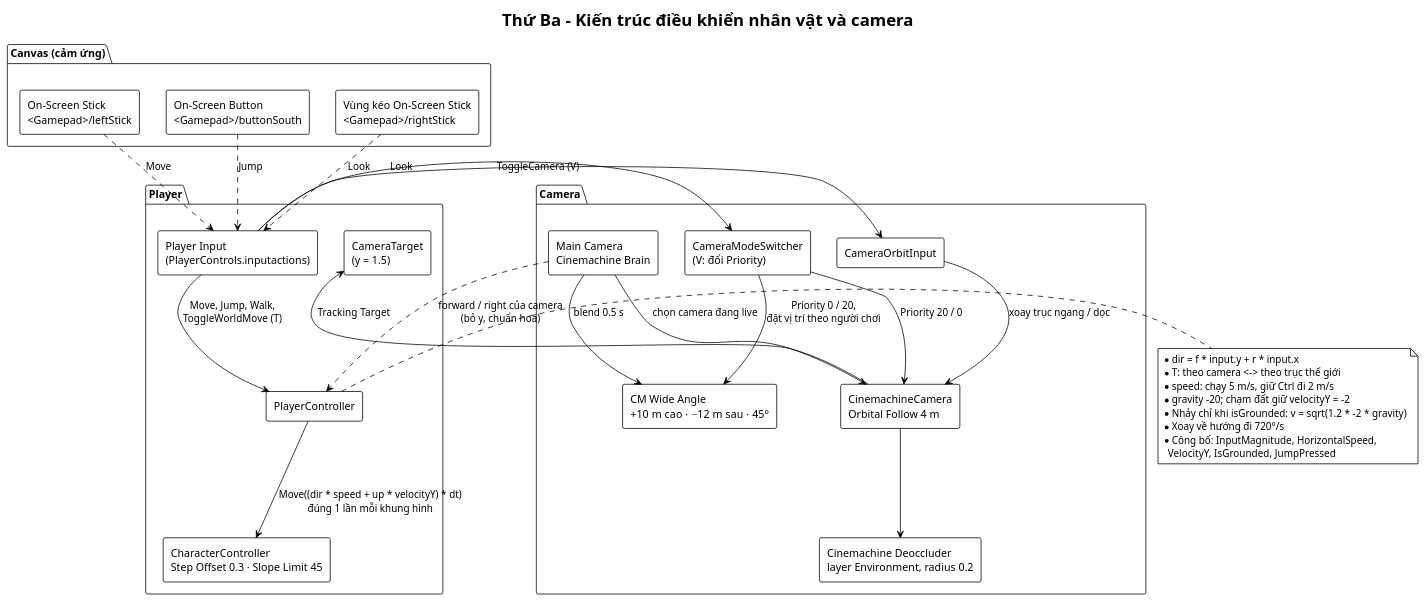
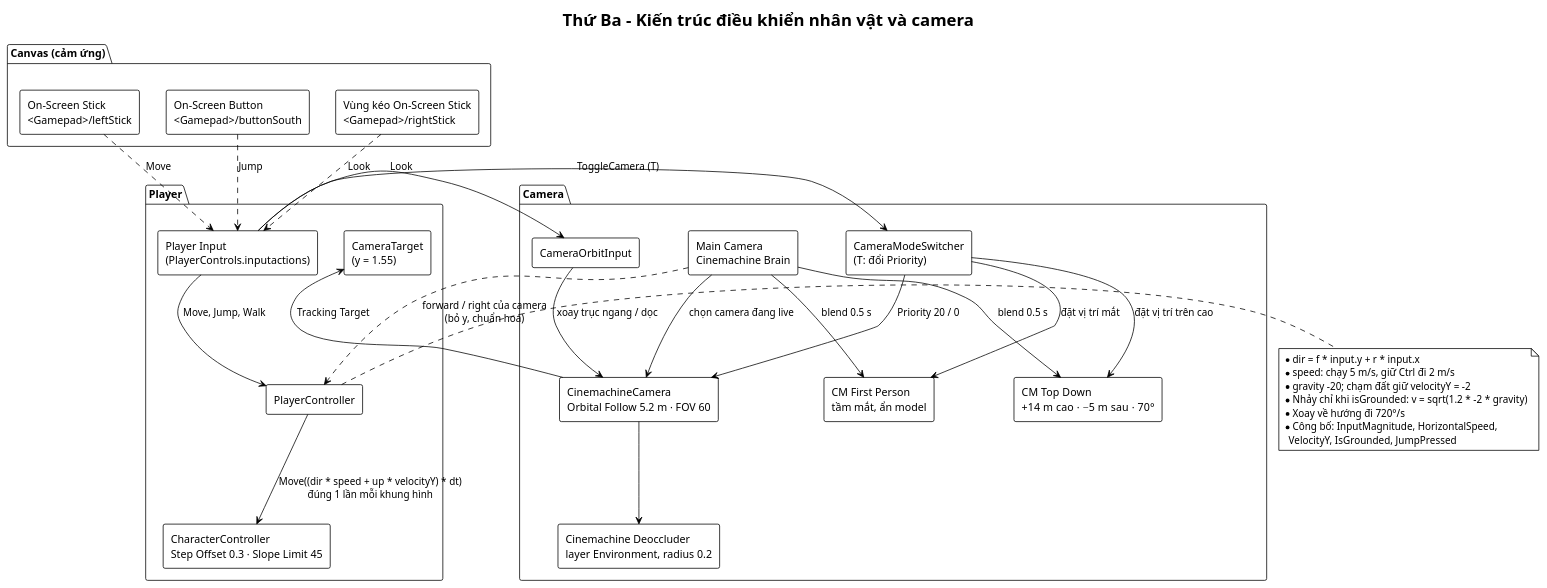
The first of 4 diagrams in Docs/Diagrams.puml (Vu-QuocHuy/game-3D-bao-cao), drawn with PlantUML before and after one commit. The commit also changed other lines of this file and 33 other files, not shown here.

First line of the commit message:
Camera angles from the first commit, cycled with T

```diff
--- a/Docs/Diagrams.puml
+++ b/Docs/Diagrams.puml
@@ -1,55 +1,57 @@
 @startuml ThuBa_Architecture
 !theme plain
 skinparam componentStyle rectangle
 
 title Thứ Ba - Kiến trúc điều khiển nhân vật và camera
 
 package "Player" {
   [Player Input\n(PlayerControls.inputactions)] as Input
   [PlayerController] as Controller
   [CharacterController\nStep Offset 0.3 · Slope Limit 45] as CC
-  [CameraTarget\n(y = 1.5)] as Target
+  [CameraTarget\n(y = 1.55)] as Target
 }
 
 package "Canvas (cảm ứng)" {
   [On-Screen Stick\n<Gamepad>/leftStick] as Stick
   [On-Screen Button\n<Gamepad>/buttonSouth] as JumpBtn
   [Vùng kéo On-Screen Stick\n<Gamepad>/rightStick] as LookArea
 }
 
 package "Camera" {
   [Main Camera\nCinemachine Brain] as Brain
-  [CinemachineCamera\nOrbital Follow 4 m] as VCam
+  [CinemachineCamera\nOrbital Follow 5.2 m · FOV 60] as VCam
   [CameraOrbitInput] as OrbitInput
-  [CameraModeSwitcher\n(V: đổi Priority)] as Mode
-  [CM Wide Angle\n+10 m cao · −12 m sau · 45°] as Wide
+  [CameraModeSwitcher\n(T: đổi Priority)] as Mode
+  [CM First Person\ntầm mắt, ẩn model] as FPS
+  [CM Top Down\n+14 m cao · −5 m sau · 70°] as Top
   [Cinemachine Deoccluder\nlayer Environment, radius 0.2] as Deocc
 }
 
 Stick ..> Input : Move
 JumpBtn ..> Input : Jump
 LookArea ..> Input : Look
-Input --> Controller : Move, Jump, Walk,\nToggleWorldMove (T)
+Input --> Controller : Move, Jump, Walk
 Input --> OrbitInput : Look
 OrbitInput --> VCam : xoay trục ngang / dọc
 VCam --> Target : Tracking Target
 VCam --> Deocc
 Brain --> VCam : chọn camera đang live
-Input --> Mode : ToggleCamera (V)
+Input --> Mode : ToggleCamera (T)
 Mode --> VCam : Priority 20 / 0
-Mode --> Wide : Priority 0 / 20,\nđặt vị trí theo người chơi
-Brain --> Wide : blend 0.5 s
+Mode --> FPS : đặt vị trí mắt
+Mode --> Top : đặt vị trí trên cao
+Brain --> FPS : blend 0.5 s
+Brain --> Top : blend 0.5 s
 Brain ..> Controller : forward / right của camera\n(bỏ y, chuẩn hoá)
 Controller --> CC : Move((dir * speed + up * velocityY) * dt)\nđúng 1 lần mỗi khung hình
 
 note right of Controller
   * dir = f * input.y + r * input.x
-  * T: theo camera <-> theo trục thế giới
   * speed: chạy 5 m/s, giữ Ctrl đi 2 m/s
   * gravity -20; chạm đất giữ velocityY = -2
   * Nhảy chỉ khi isGrounded: v = sqrt(1.2 * -2 * gravity)
   * Xoay về hướng đi 720°/s
   * Công bố: InputMagnitude, HorizontalSpeed,
     VelocityY, IsGrounded, JumpPressed
 end note
 @enduml
```
